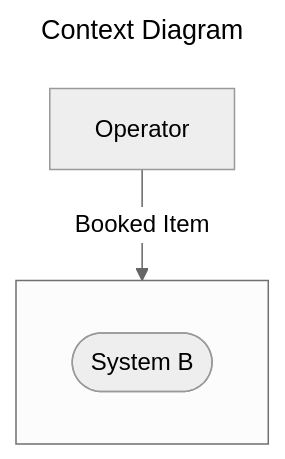
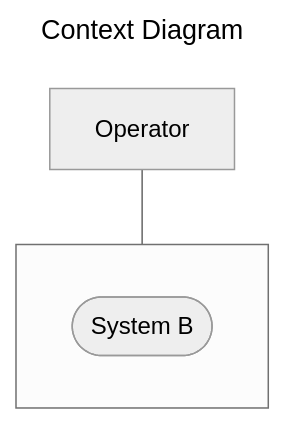
The third of 3 diagrams in mermaid_elements.md (Kuziomkin/diagrams), drawn with Mermaid before and after one commit.

````diff
--- a/mermaid_elements.md
+++ b/mermaid_elements.md
@@ -50,21 +50,21 @@
 ```mermaid
 ---
 title: Context Diagram
 config:
   layout: dagre
   look: classic
   theme: neutral
 ---
     flowchart TD
         %% define components
         O[Operator]
 
         subgraph " "
             direction LR
             B([System B])
         end
 
         %% define relationships
-        O -- Booked Item --> B
+        O --- B
 
 ```
````
